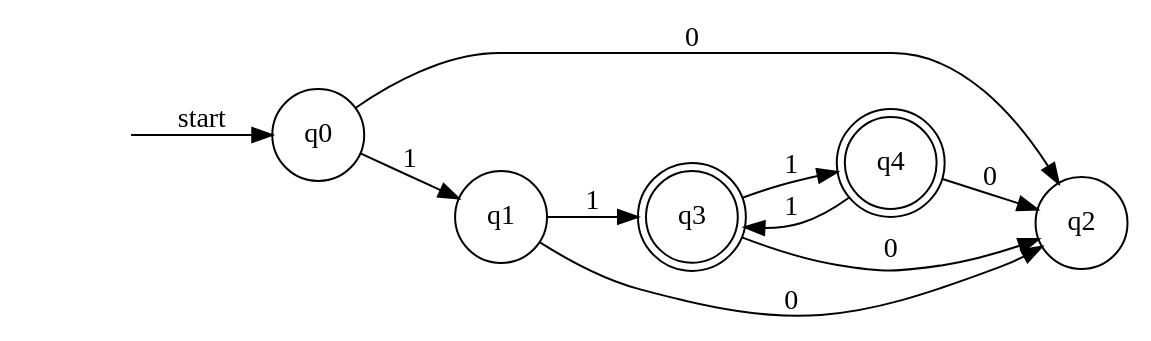
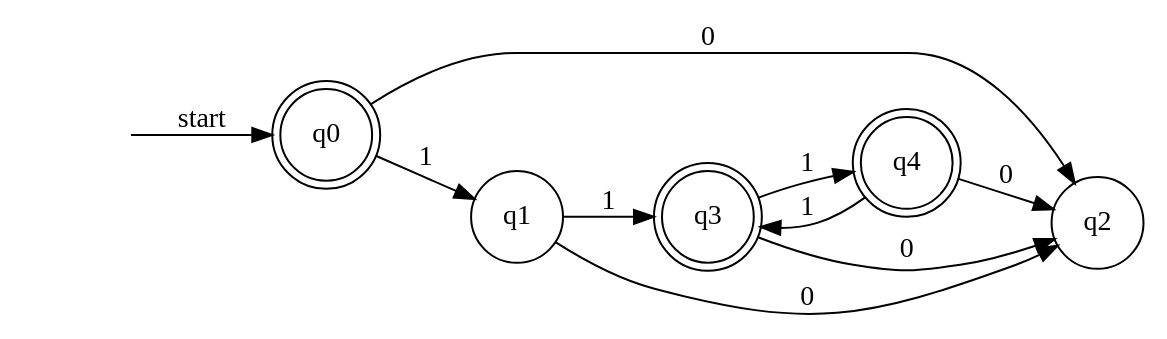
One commit to x06lan/mdbook changed the tenth of 14 diagrams in src/math/formal-language/hw1.md. Above: the diagram before and after it, drawn with Graphviz. The commit also changed 2 other files, not shown here.

Commit message:
fix typo of lienar algebra and formal language hw1

````diff
--- a/src/math/formal-language/hw1.md
+++ b/src/math/formal-language/hw1.md
@@ -263,21 +263,21 @@
 ```dot process
 digraph finite_state_machine {
     rankdir=LR;
     size="8,5"
 
-    node [shape = doublecircle]; q3,q4;
+    node [shape = doublecircle]; q0,q3,q4;
     node [shape=plaintext] s;
     s [label=""];
     node [shape = circle];
     s  -> q0 [ label = "start" ];
     q0 -> q2 [ label = "0" ];
     q0 -> q1 [ label = "1" ];
     q1 -> q2 [ label = "0" ];
     q1 -> q3 [ label = "1" ];
     q3 -> q2 [ label = "0" ];
     q3 -> q4 [ label = "1" ];
     q4 -> q2 [ label = "0" ];
     q4 -> q3 [ label = "1" ];
 
 }
 ```
````
